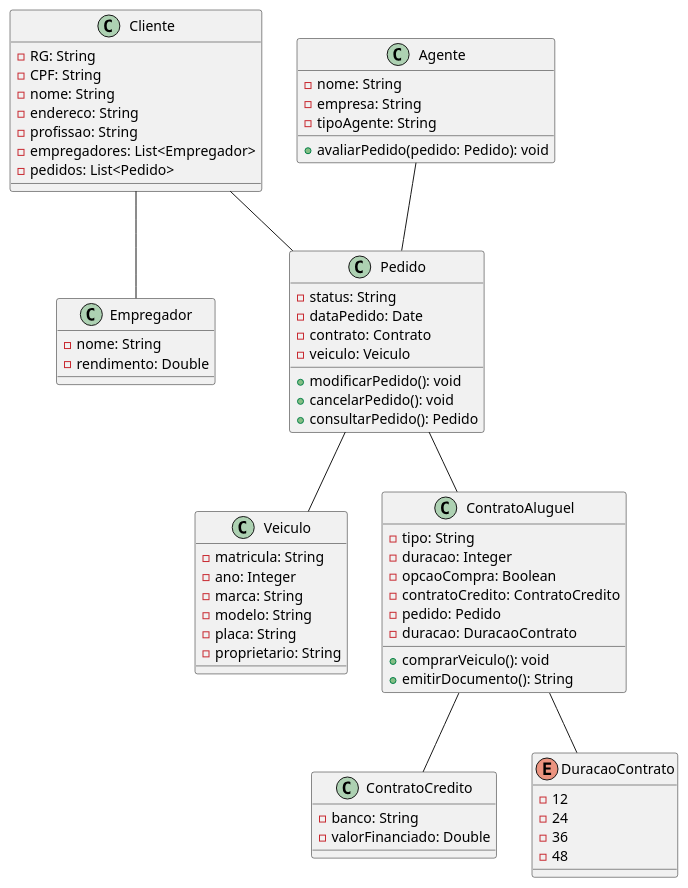
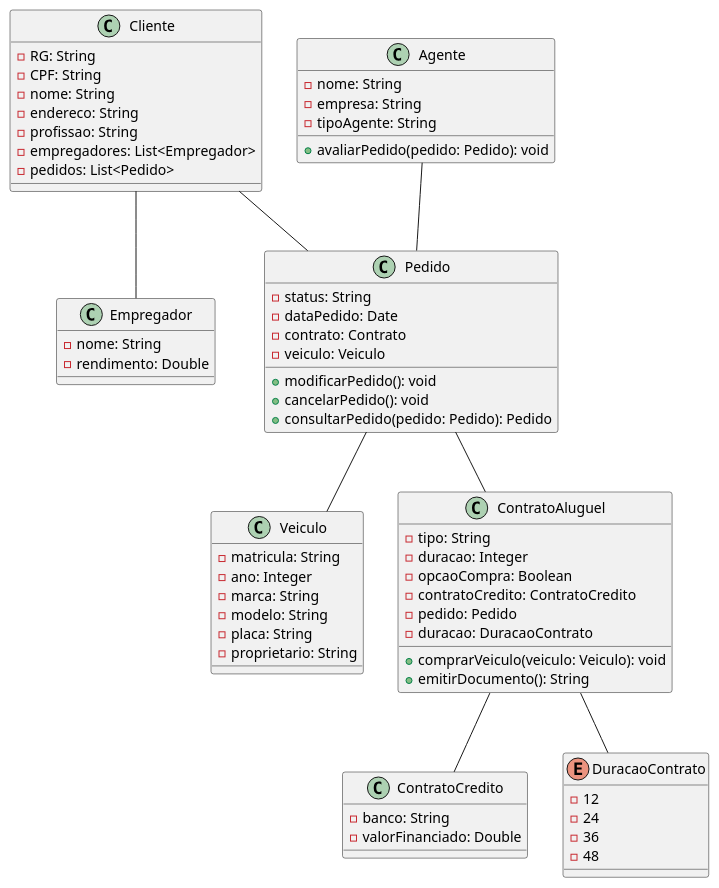
The diagram in Projeto/Diagrama de Classes/diagramaDeClasses.puml (lucasxae/RentCarSystem), drawn with PlantUML before and after one commit. The commit also changed 1 other file, not shown here.

Commit message:
feat: diagrama de classes atualizado sprint 3

```diff
--- a/Projeto/Diagrama de Classes/diagramaDeClasses.puml
+++ b/Projeto/Diagrama de Classes/diagramaDeClasses.puml
@@ -1,74 +1,74 @@
 @startuml
 
 class Cliente {
   -RG: String
   -CPF: String
   -nome: String
   -endereco: String
   -profissao: String
   -empregadores: List<Empregador>
   -pedidos: List<Pedido>
 }
 
 class Agente {
   -nome: String
   -empresa: String
   -tipoAgente: String
   +avaliarPedido(pedido: Pedido): void
 }
 
 class Empregador {
   -nome: String
   -rendimento: Double
 }
 
 class Pedido {
   -status: String
   -dataPedido: Date
   -contrato: Contrato
   -veiculo: Veiculo
   +modificarPedido(): void
   +cancelarPedido(): void
-  +consultarPedido(): Pedido
+  +consultarPedido(pedido: Pedido): Pedido
 }
 
 class Veiculo {
   -matricula: String
   -ano: Integer
   -marca: String
   -modelo: String
   -placa: String
   -proprietario: String
 }
 
 class ContratoAluguel {
   -tipo: String
   -duracao: Integer
   -opcaoCompra: Boolean
   -contratoCredito: ContratoCredito
   - pedido: Pedido
   - duracao: DuracaoContrato
-  +comprarVeiculo(): void
+  +comprarVeiculo(veiculo: Veiculo): void
   +emitirDocumento(): String
 }
 
 class ContratoCredito {
   -banco: String
   -valorFinanciado: Double
 }
 
 enum DuracaoContrato {
     - 12
     - 24
     - 36
     - 48
 }
 
 ContratoAluguel -- DuracaoContrato
 Cliente --  Pedido
 Agente  -- Pedido
 Pedido -- Veiculo
 Pedido -- ContratoAluguel
 ContratoAluguel -- ContratoCredito
 Cliente -- Empregador
 @enduml
```
